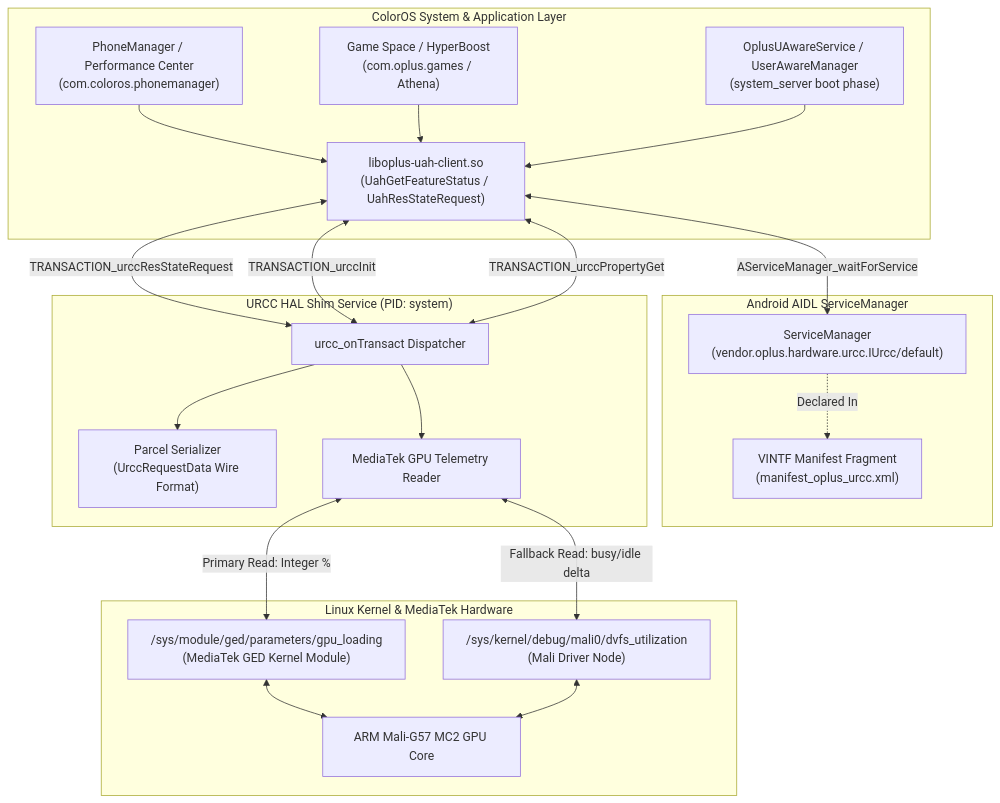
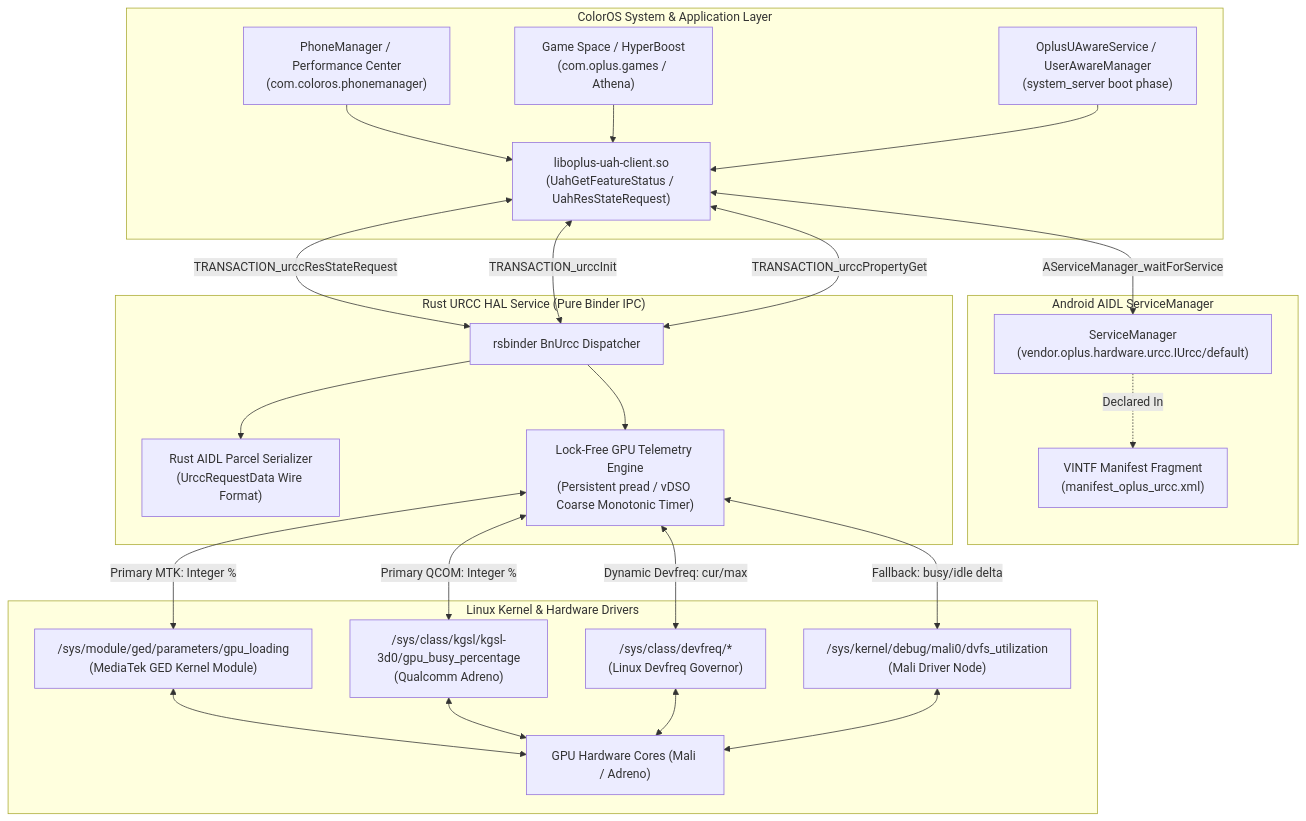
Before and after one commit to RapliVx/Oplus-URCC-Bridge-Transsion: the diagram in README.md, drawn with Mermaid. The commit also changed other lines of this file and 12 other files, not shown here.

First line of the commit message:
feat(service): rewrite URCC HAL service in Rust

````diff
--- a/README.md
+++ b/README.md
@@ -24,46 +24,52 @@
 ```mermaid
 flowchart TD
     subgraph ColorOS_Framework ["ColorOS System & Application Layer"]
         PHONEMANAGER["PhoneManager / Performance Center\n(com.coloros.phonemanager)"]
         GAMESPACE["Game Space / HyperBoost\n(com.oplus.games / Athena)"]
         UAWARE["OplusUAwareService / UserAwareManager\n(system_server boot phase)"]
         UAH_CLIENT["liboplus-uah-client.so\n(UahGetFeatureStatus / UahResStateRequest)"]
     end
 
     subgraph Binder_IPC ["Android AIDL ServiceManager"]
         SM["ServiceManager\n(vendor.oplus.hardware.urcc.IUrcc/default)"]
         VINTF["VINTF Manifest Fragment\n(manifest_oplus_urcc.xml)"]
     end
 
-    subgraph URCC_Daemon ["URCC HAL Shim Service (PID: system)"]
-        DISPATCHER["urcc_onTransact Dispatcher"]
-        SERIALIZER["Parcel Serializer\n(UrccRequestData Wire Format)"]
-        KERNEL_READER["MediaTek GPU Telemetry Reader"]
+    subgraph URCC_Daemon ["Rust URCC HAL Service (Pure Binder IPC)"]
+        DISPATCHER["rsbinder BnUrcc Dispatcher"]
+        SERIALIZER["Rust AIDL Parcel Serializer\n(UrccRequestData Wire Format)"]
+        KERNEL_READER["Lock-Free GPU Telemetry Engine\n(Persistent pread / vDSO Coarse Monotonic Timer)"]
     end
 
-    subgraph Kernel_Drivers ["Linux Kernel & MediaTek Hardware"]
+    subgraph Kernel_Drivers ["Linux Kernel & Hardware Drivers"]
         GED["/sys/module/ged/parameters/gpu_loading\n(MediaTek GED Kernel Module)"]
+        KGSL["/sys/class/kgsl/kgsl-3d0/gpu_busy_percentage\n(Qualcomm Adreno)"]
+        DEVFREQ["/sys/class/devfreq/*\n(Linux Devfreq Governor)"]
         MALI_DEBUGFS["/sys/kernel/debug/mali0/dvfs_utilization\n(Mali Driver Node)"]
-        HARDWARE_GPU["ARM Mali-G57 MC2 GPU Core"]
+        HARDWARE_GPU["GPU Hardware Cores (Mali / Adreno)"]
     end
 
     PHONEMANAGER --> UAH_CLIENT
     GAMESPACE --> UAH_CLIENT
     UAWARE --> UAH_CLIENT
 
     UAH_CLIENT <-->|AServiceManager_waitForService| SM
     SM -.->|Declared In| VINTF
 
     UAH_CLIENT <-->|TRANSACTION_urccResStateRequest| DISPATCHER
     UAH_CLIENT <-->|TRANSACTION_urccInit| DISPATCHER
     UAH_CLIENT <-->|TRANSACTION_urccPropertyGet| DISPATCHER
 
     DISPATCHER --> SERIALIZER
     DISPATCHER --> KERNEL_READER
 
-    KERNEL_READER <-->|Primary Read: Integer %| GED
-    KERNEL_READER <-->|Fallback Read: busy/idle delta| MALI_DEBUGFS
+    KERNEL_READER <-->|Primary MTK: Integer %| GED
+    KERNEL_READER <-->|Primary QCOM: Integer %| KGSL
+    KERNEL_READER <-->|Dynamic Devfreq: cur/max| DEVFREQ
+    KERNEL_READER <-->|Fallback: busy/idle delta| MALI_DEBUGFS
 
     GED <--> HARDWARE_GPU
+    KGSL <--> HARDWARE_GPU
+    DEVFREQ <--> HARDWARE_GPU
     MALI_DEBUGFS <--> HARDWARE_GPU
 ```
````
